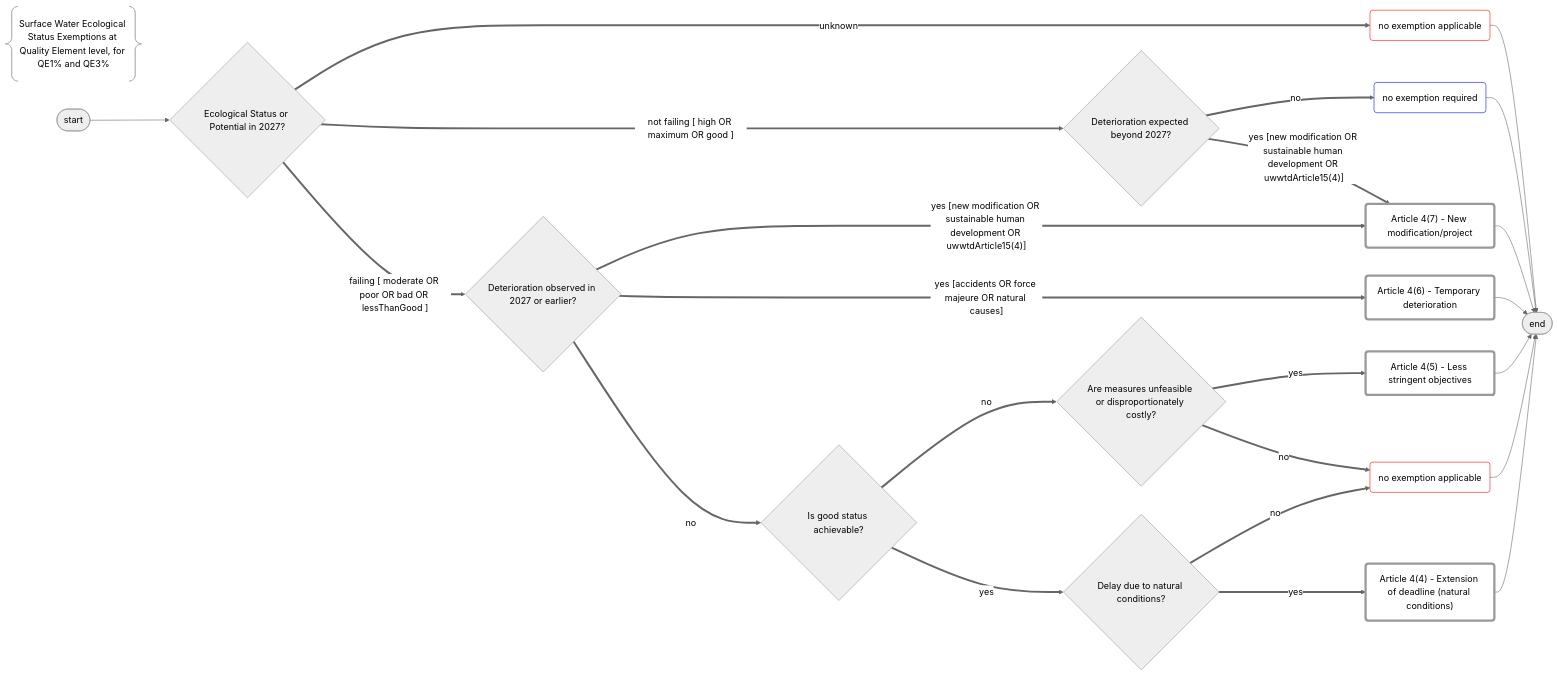
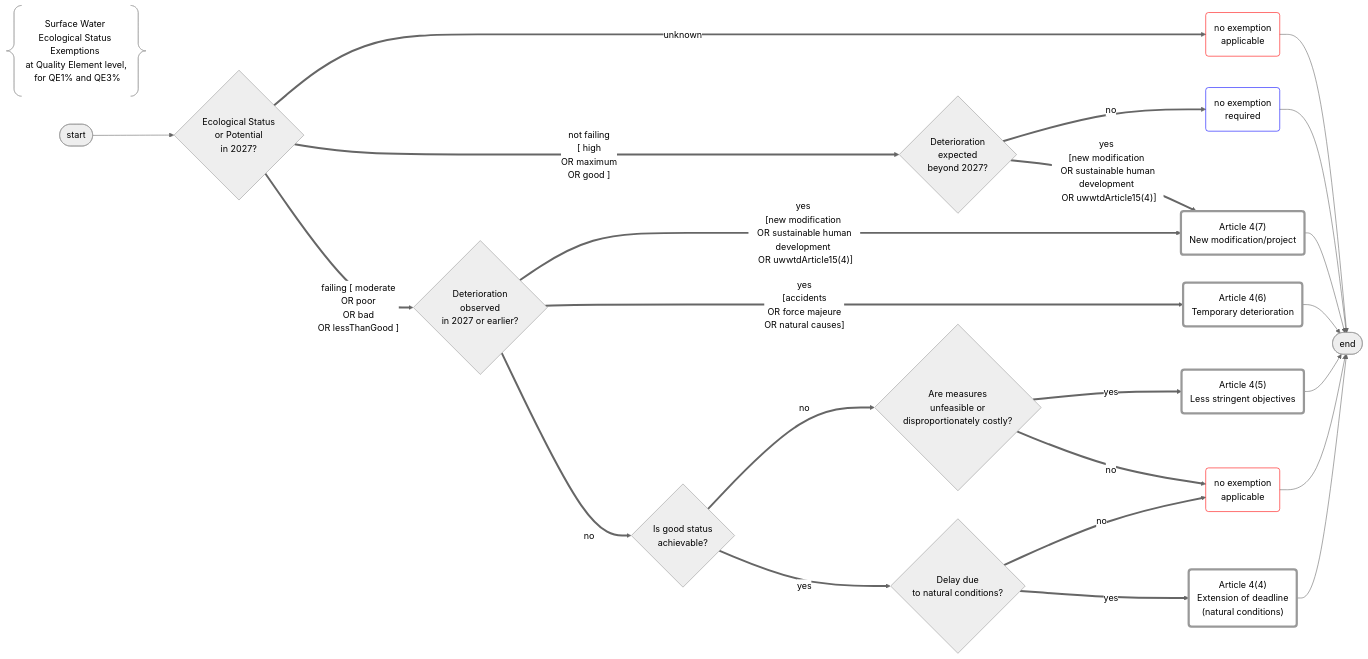
Before and after one commit to eeadata/WISE.WFD.Documentation: the diagram in docs/DataModelReview/mmd/Exemptions_EcologicalExemption_Flowchart.mmd, drawn with Mermaid. The commit also changed 4 other files, not shown here.

Commit message:
Inserting forced line breaks into the flowcharts

```diff
--- a/docs/DataModelReview/mmd/Exemptions_EcologicalExemption_Flowchart.mmd
+++ b/docs/DataModelReview/mmd/Exemptions_EcologicalExemption_Flowchart.mmd
@@ -1,74 +1,74 @@
 %%{init: {'theme': 'neutral'}}%%
 
 flowchart LR
 
 %% Ecological Status Exemptions - Quality Elements
-title@{ shape: braces, label: "Surface Water Ecological Status Exemptions at Quality Element level, for QE1% and QE3%" }
+title@{ shape: braces, label: "Surface Water <br/>Ecological Status Exemptions <br/> at Quality Element level, <br/> for QE1% and QE3%" }
 
 %% Defining the nodes
 		
 initial([start])
 final([end])
 
 %% duplicate nodes for just for flowchart readability
-hasNoApplicableExemption_1("no exemption applicable"):::stateRed
-hasNoApplicableExemption_2("no exemption required"):::stateBlue
-hasNoApplicableExemption_3("no exemption applicable"):::stateRed
+hasNoApplicableExemption_1("no exemption <br/> applicable"):::stateRed
+hasNoApplicableExemption_2("no exemption <br/> required"):::stateBlue
+hasNoApplicableExemption_3("no exemption <br/> applicable"):::stateRed
 
-hasExemption44n("Article 4(4) - Extension of deadline (natural conditions)"):::state
-hasExemption45("Article 4(5) - Less stringent objectives"):::state
-hasExemption46("Article 4(6) - Temporary deterioration"):::state
-hasExemption47("Article 4(7) - New modification/project"):::state
+hasExemption44n("Article 4(4) <br/> Extension of deadline <br/> (natural conditions)"):::state
+hasExemption45("Article 4(5) <br/> Less stringent objectives"):::state
+hasExemption46("Article 4(6) <br/> Temporary deterioration"):::state
+hasExemption47("Article 4(7) <br/> New modification/project"):::state
 
 %% Defining the decisions
 
-isStatusIn2027{"Ecological Status or Potential in 2027?"}
-isDeteriorationExpected{"Deterioration expected beyond 2027?"}
-isDeteriorationObserved{"Deterioration observed in 2027 or earlier?"}
-isGoodStatusAchievable{"Is good status achievable?"}
-isUnfeasibleOrCostly{"Are measures unfeasible or disproportionately costly?"}
-isDelayDueToNaturalConditions{"Delay due to natural conditions?"}
+isStatusIn2027{"Ecological Status <br/> or Potential <br/> in 2027?"}
+isDeteriorationExpected{"Deterioration <br/> expected <br/> beyond 2027?"}
+isDeteriorationObserved{"Deterioration <br/> observed <br/> in 2027 or earlier?"}
+isGoodStatusAchievable{"Is good status <br/> achievable?"}
+isUnfeasibleOrCostly{"Are measures <br/> unfeasible or <br/> disproportionately costly?"}
+isDelayDueToNaturalConditions{"Delay due <br/>to natural conditions?"}
 
 %% Flow to TERMINATORS
 
 initial --> isStatusIn2027
 hasNoApplicableExemption_1 --> final
 hasNoApplicableExemption_2 --> final
 hasNoApplicableExemption_3 --> final
 hasExemption47 --> final 
 hasExemption46 --> final 
 hasExemption45 --> final 
 hasExemption44n --> final 
 
 %% THE IMPORTANT PART STARTS HERE
 
 %% NO EXEMPTION POSSIBLE - If the status is unknown, then exemptions cannot be reported
 isStatusIn2027 ==>|"unknown"|hasNoApplicableExemption_1
 
 %% NO EXEMPTION NEEDED - if the status is not failing and no deterioration is expected, then no exemption is needed
-isStatusIn2027 ==>|"not failing [ high OR maximum OR good ]"|isDeteriorationExpected
+isStatusIn2027 ==>|"not failing <br/>[ high <br/> OR maximum <br/> OR good ]"|isDeteriorationExpected
 isDeteriorationExpected ==>|no|hasNoApplicableExemption_2
 
 %% ARTICLE 4(7) - DETERIORATION DUE TO NEW MODIFICATION OR PROJECT
-isDeteriorationExpected ==>|"yes [new modification OR sustainable human development OR uwwtdArticle15(4)]"|hasExemption47
+isDeteriorationExpected ==>|"yes <br/>[new modification <br/> OR sustainable human development <br/> OR uwwtdArticle15(4)]"|hasExemption47
 
 %% ARTICLE 4(6) - DETERIORATION DUE TO ACCIDENTS OR FORCE MAJEURE OR NATURAL CAUSES
-isStatusIn2027 ==>|"failing [ moderate OR poor OR bad OR lessThanGood ]"|isDeteriorationObserved
-isDeteriorationObserved ==>|"yes [new modification OR sustainable human development OR uwwtdArticle15(4)]"|hasExemption47
-isDeteriorationObserved ==>|"yes [accidents OR force majeure OR natural causes]"|hasExemption46
+isStatusIn2027 ==>|"failing [ moderate <br/> OR poor <br/> OR bad <br/> OR lessThanGood ]"|isDeteriorationObserved
+isDeteriorationObserved ==>|"yes <br/>[new modification <br/> OR sustainable human development <br/> OR uwwtdArticle15(4)]"|hasExemption47
+isDeteriorationObserved ==>|"yes <br/>[accidents <br/>OR force majeure <br/>OR natural causes]"|hasExemption46
 isDeteriorationObserved ==>|no|isGoodStatusAchievable
 
 %% ARTICLE 4(5) - LESS STRINGENT OBJECTIVES
 isGoodStatusAchievable ==>|no|isUnfeasibleOrCostly
 isUnfeasibleOrCostly ==> |yes|hasExemption45
 isUnfeasibleOrCostly ==> |no|hasNoApplicableExemption_3
 
 %% ARTICLE 4(4) EXTENSION OF DEADLINE - NATURAL CONDITIONS
 isGoodStatusAchievable ==>|yes|isDelayDueToNaturalConditions
 isDelayDueToNaturalConditions ==>|no|hasNoApplicableExemption_3
 isDelayDueToNaturalConditions ==>|yes|hasExemption44n
 
 %% styling
 classDef state stroke-width:4px,fill:transparent
 classDef stateRed stroke:red,fill:transparent
 classDef stateBlue stroke:blue,fill:transparent
```
